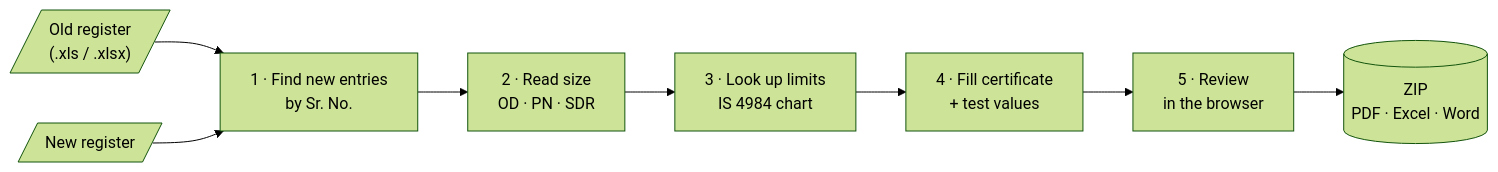
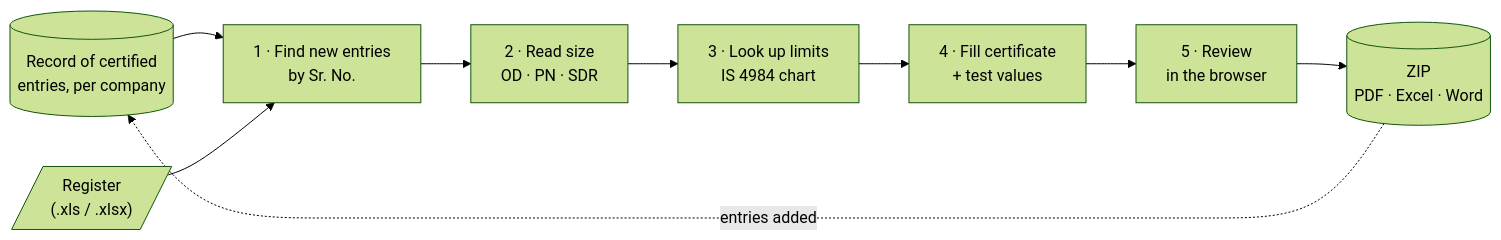
Before and after one commit to anant-jp2007/reportGenerator: the first of 5 diagrams in README.md, drawn with Mermaid (forest theme). The commit also changed other lines of this file and 24 other files, not shown here.

First line of the commit message:
Record of certified entries, certificate preview with editing, add a company in the app

````diff
--- a/README.md
+++ b/README.md
@@ -13,10 +13,11 @@
 ```mermaid
 flowchart LR
-    A[/"Old register<br/>(.xls / .xlsx)"/] --> C
-    B[/"New register"/] --> C
+    A[("Record of certified<br/>entries, per company")] --> C
+    B[/"Register<br/>(.xls / .xlsx)"/] --> C
     C["1 · Find new entries<br/>by Sr. No."] --> D["2 · Read size<br/>OD · PN · SDR"]
     D --> E["3 · Look up limits<br/>IS 4984 chart"]
     E --> F["4 · Fill certificate<br/>+ test values"]
     F --> G["5 · Review<br/>in the browser"]
     G --> H[("ZIP<br/>PDF · Excel · Word")]
+    H -. "entries added" .-> A
 ```
````
